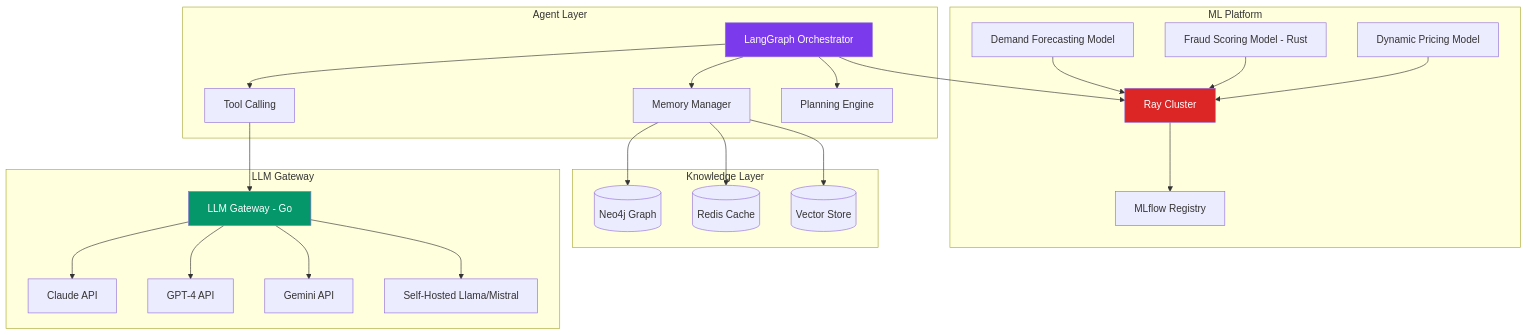
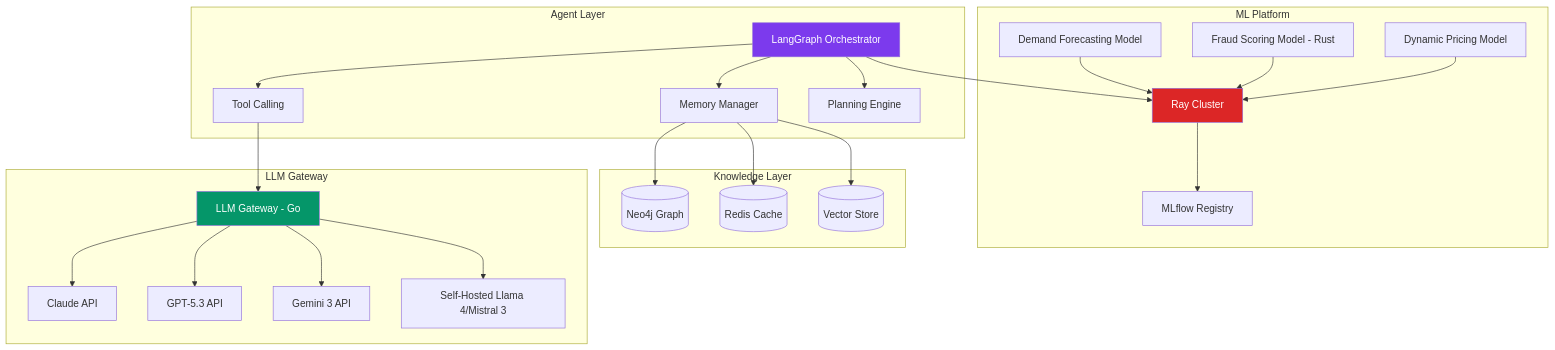
Before and after one commit to bcraavi/godseye: the second of 4 diagrams in docs/strategy/tech-stack.md, drawn with Mermaid. The commit also changed other lines of this file and 4 other files, not shown here.

````diff
--- a/docs/strategy/tech-stack.md
+++ b/docs/strategy/tech-stack.md
@@ -101,37 +101,37 @@
 ```mermaid
 graph TB
     subgraph "Agent Layer"
         AO[LangGraph Orchestrator] --> TC[Tool Calling]
         AO --> MM[Memory Manager]
         AO --> PL[Planning Engine]
     end
 
     subgraph "LLM Gateway"
         TC --> GW[LLM Gateway - Go]
         GW --> CL[Claude API]
-        GW --> GP[GPT-4 API]
-        GW --> GM[Gemini API]
-        GW --> SH[Self-Hosted Llama/Mistral]
+        GW --> GP[GPT-5.3 API]
+        GW --> GM[Gemini 3 API]
+        GW --> SH[Self-Hosted Llama 4/Mistral 3]
     end
 
     subgraph "ML Platform"
         RAY[Ray Cluster]
         MLF[MLflow Registry]
         RAY --> MLF
         DF[Demand Forecasting Model] --> RAY
         FR[Fraud Scoring Model - Rust] --> RAY
         DP[Dynamic Pricing Model] --> RAY
     end
 
     subgraph "Knowledge Layer"
         MM --> N4[(Neo4j Graph)]
         MM --> RD[(Redis Cache)]
         MM --> VDB[(Vector Store)]
     end
 
     AO --> RAY
 
     style AO fill:#7c3aed,color:#fff
     style GW fill:#059669,color:#fff
     style RAY fill:#dc2626,color:#fff
 ```
````
